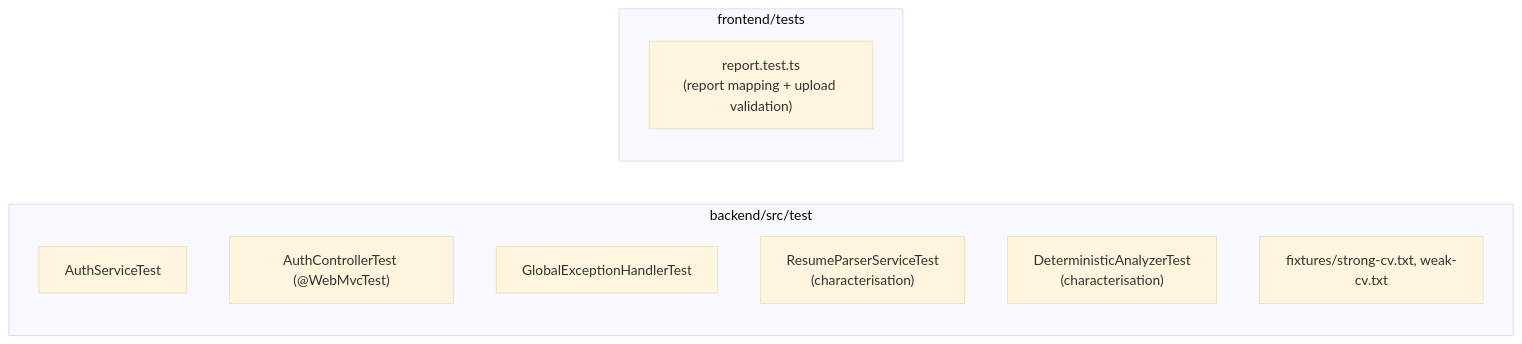
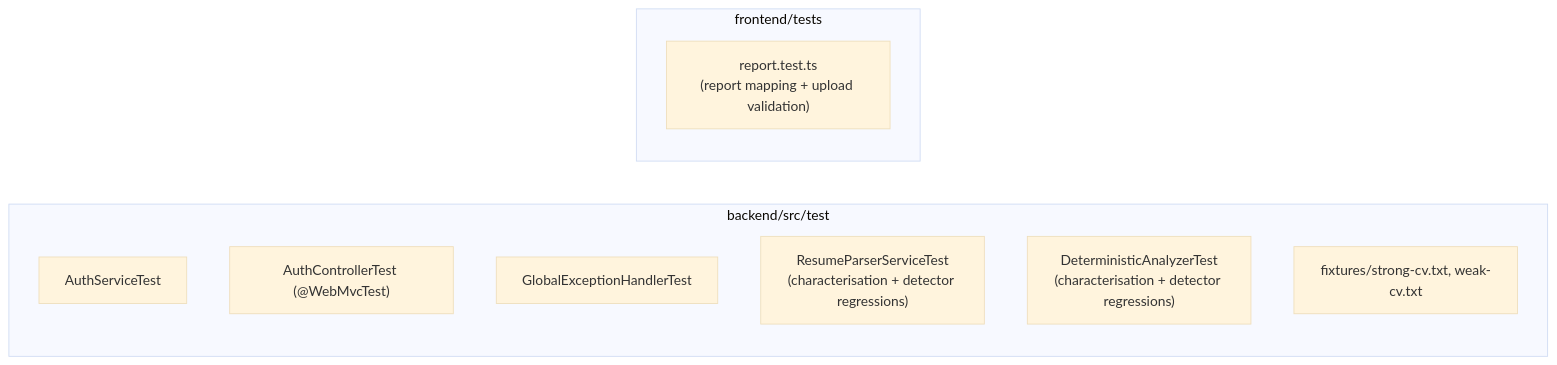
Diagram 11 of 12 in docs/ARCHITECTURE.md (elel-m-b/CareerPilot), drawn with Mermaid (base theme) before and after one commit. The commit also changed other lines of this file and 23 other files, not shown here.

````diff
--- a/docs/ARCHITECTURE.md
+++ b/docs/ARCHITECTURE.md
@@ -532,14 +570,14 @@
 ```mermaid
 graph LR
     subgraph Backend["backend/src/test"]
         T1["AuthServiceTest"]
         T2["AuthControllerTest (@WebMvcTest)"]
         T3["GlobalExceptionHandlerTest"]
-        T4["ResumeParserServiceTest<br/>(characterisation)"]
-        T5["DeterministicAnalyzerTest<br/>(characterisation)"]
+        T4["ResumeParserServiceTest<br/>(characterisation + detector regressions)"]
+        T5["DeterministicAnalyzerTest<br/>(characterisation + detector regressions)"]
         FX["fixtures/strong-cv.txt, weak-cv.txt"]
     end
     subgraph Frontend["frontend/tests"]
         F1["report.test.ts<br/>(report mapping + upload validation)"]
     end
 ```
````
